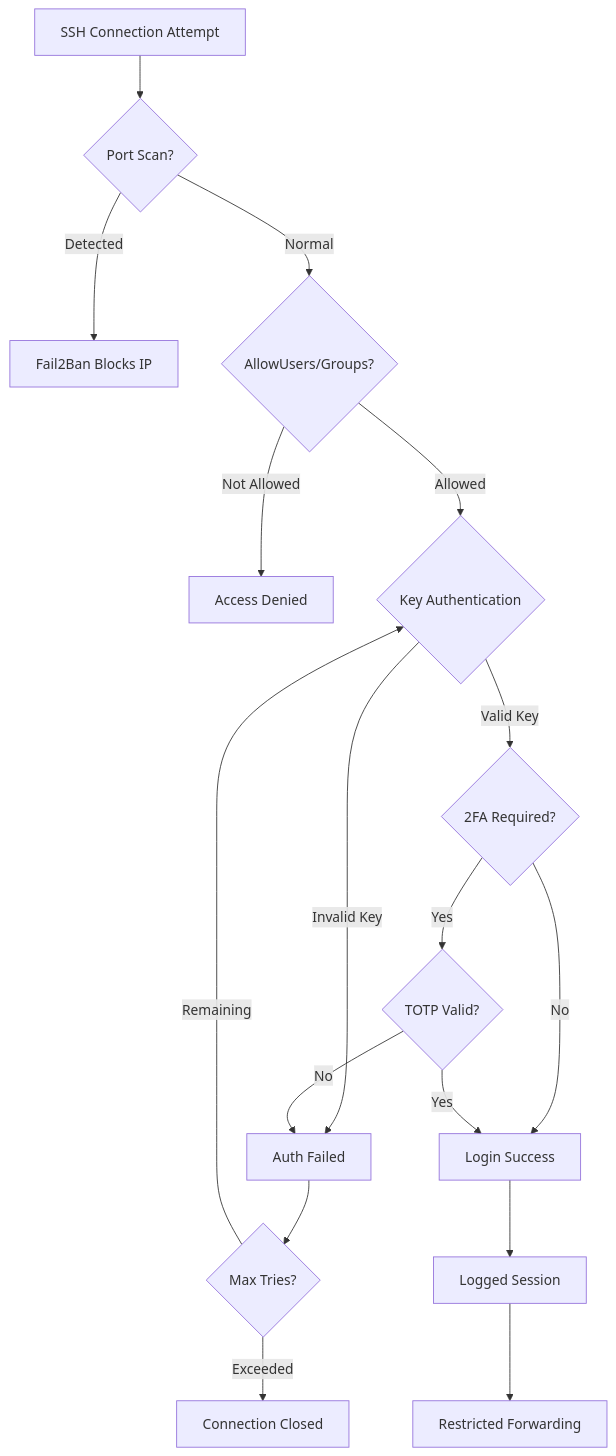
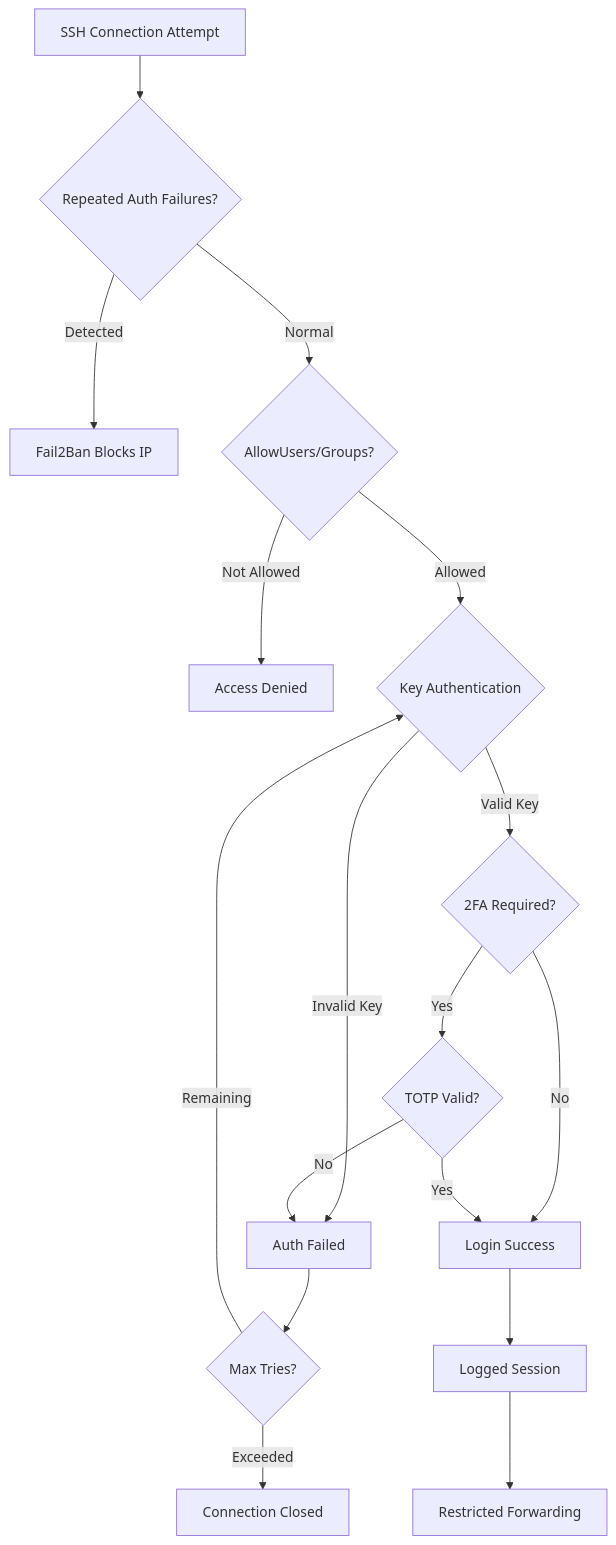
Before and after one commit to OneUptime/blog: the diagram in posts/2026-02-21-ansible-harden-ssh-configuration/README.md, drawn with Mermaid. The commit also changed other lines of this file and 2 other files, not shown here.

Commit message:
validate: 2026-02-21-ansible-harden-ssh-configuration

````diff
--- a/posts/2026-02-21-ansible-harden-ssh-configuration/README.md
+++ b/posts/2026-02-21-ansible-harden-ssh-configuration/README.md
@@ -411,19 +419,19 @@
 ```mermaid
 graph TD
-    A[SSH Connection Attempt] --> B{Port Scan?}
+    A[SSH Connection Attempt] --> B{Repeated Auth Failures?}
     B -->|Detected| C[Fail2Ban Blocks IP]
     B -->|Normal| D{AllowUsers/Groups?}
     D -->|Not Allowed| E[Access Denied]
     D -->|Allowed| F{Key Authentication}
     F -->|Invalid Key| G[Auth Failed]
     F -->|Valid Key| H{2FA Required?}
     H -->|Yes| I{TOTP Valid?}
     H -->|No| J[Login Success]
     I -->|Yes| J
     I -->|No| G
     G --> K{Max Tries?}
     K -->|Exceeded| L[Connection Closed]
     K -->|Remaining| F
     J --> M[Logged Session]
     M --> N[Restricted Forwarding]
 ```
````
